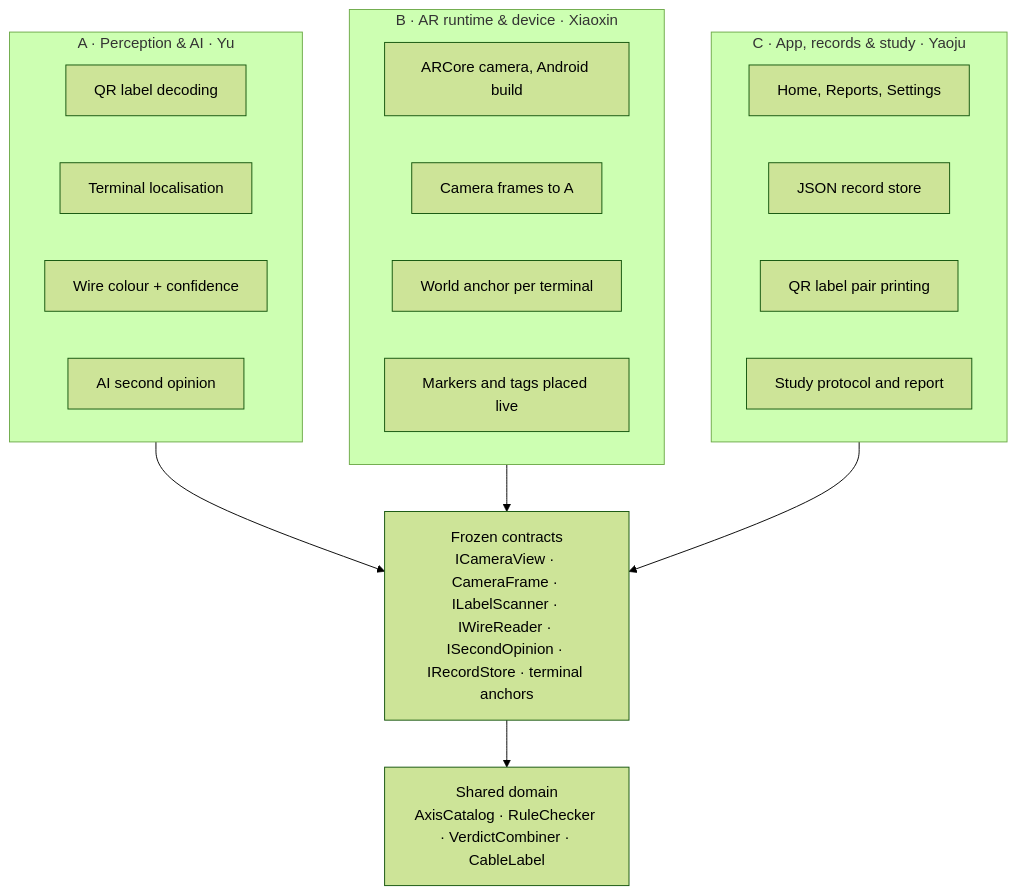
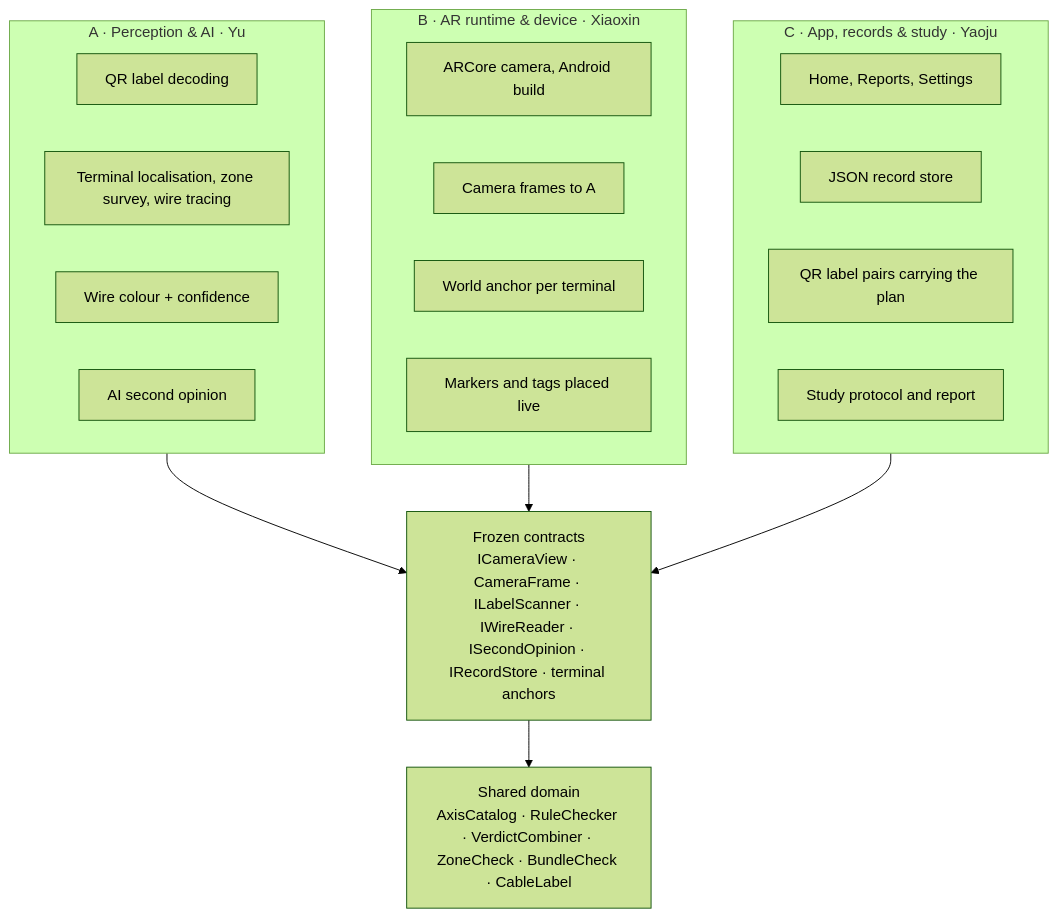
One commit to fury471/installer-assistant changed the first of 2 diagrams in docs/work-split-plan.md. Above: the diagram before and after it, drawn with Mermaid (forest theme). The commit also changed other lines of this file and 46 other files, not shown here.

First line of the commit message:
Labels carry the cable's plan; zone and other-cable checks

````diff
--- a/docs/work-split-plan.md
+++ b/docs/work-split-plan.md
@@ -35,27 +35,27 @@
 ```mermaid
 flowchart TB
     subgraph A["A · Perception & AI · Yu"]
         A1["QR label decoding"]
-        A2["Terminal localisation"]
+        A2["Terminal localisation, zone survey, wire tracing"]
         A3["Wire colour + confidence"]
         A4["AI second opinion"]
     end
     subgraph B["B · AR runtime & device · Xiaoxin"]
         B1["ARCore camera, Android build"]
         B2["Camera frames to A"]
         B3["World anchor per terminal"]
         B4["Markers and tags placed live"]
     end
     subgraph C["C · App, records & study · Yaoju"]
         C1["Home, Reports, Settings"]
         C2["JSON record store"]
-        C3["QR label pair printing"]
+        C3["QR label pairs carrying the plan"]
         C4["Study protocol and report"]
     end
     K["Frozen contracts<br/>ICameraView · CameraFrame · ILabelScanner · IWireReader · ISecondOpinion · IRecordStore · terminal anchors"]
-    D["Shared domain<br/>AxisCatalog · RuleChecker · VerdictCombiner · CableLabel"]
+    D["Shared domain<br/>AxisCatalog · RuleChecker · VerdictCombiner · ZoneCheck · BundleCheck · CableLabel"]
     A --> K
     B --> K
     C --> K
     K --> D
 ```
````
